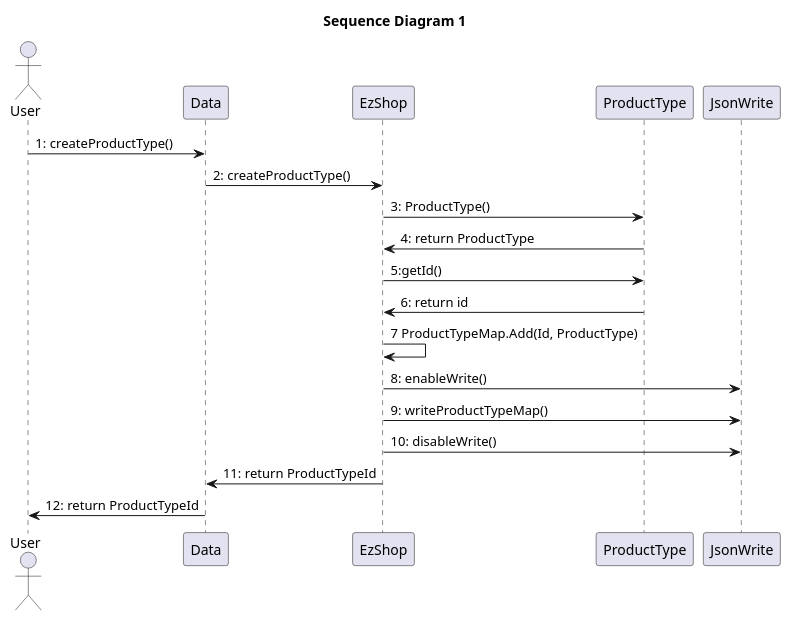
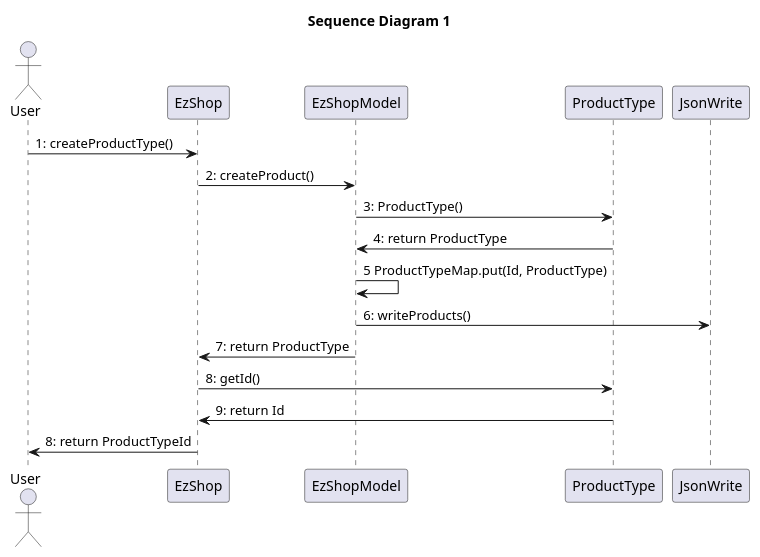
The third of 15 diagrams in Deliverables/DesignDocument.md (paolotron/EzshoProject31), drawn with PlantUML before and after one commit. The commit also changed other lines of this file, not shown here.

````diff
--- a/Deliverables/DesignDocument.md
+++ b/Deliverables/DesignDocument.md
@@ -353,26 +353,24 @@
 ``` plantuml
 
 @startuml
 title "Sequence Diagram 1"
 actor User as U
-participant Data
 participant EzShop
+participant EzShopModel
 participant ProductType as P
 participant JsonWrite as JW
 
-U->Data: 1: createProductType()
-Data->EzShop: 2: createProductType()
-EzShop -> P: 3: ProductType()
-P -> EzShop: 4: return ProductType
-EzShop -> P: 5:getId()
-P->EzShop: 6: return id
-EzShop->EzShop: 7 ProductTypeMap.Add(Id, ProductType)
-EzShop -> JW: 8: enableWrite()
-EzShop -> JW: 9: writeProductTypeMap()
-EzShop -> JW: 10: disableWrite()
-EzShop->Data: 11: return ProductTypeId
-Data->U: 12: return ProductTypeId
+U->EzShop: 1: createProductType()
+EzShop->EzShopModel: 2: createProduct()
+EzShopModel -> P: 3: ProductType()
+P -> EzShopModel: 4: return ProductType
+EzShopModel->EzShopModel: 5 ProductTypeMap.put(Id, ProductType)
+EzShopModel -> JW: 6: writeProducts()
+EzShopModel->EzShop: 7: return ProductType
+EzShop->P: 8: getId()
+P->EzShop: 9: return Id
+EzShop->U: 8: return ProductTypeId
 
 @enduml
 
 ```
````
